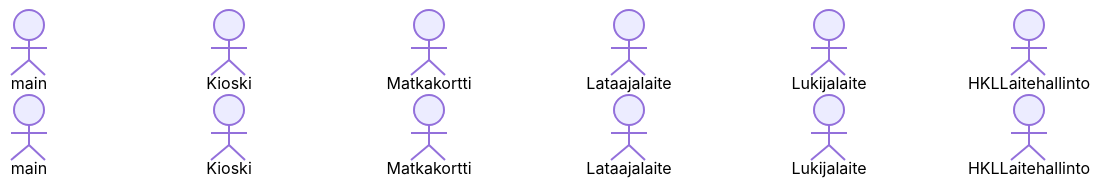
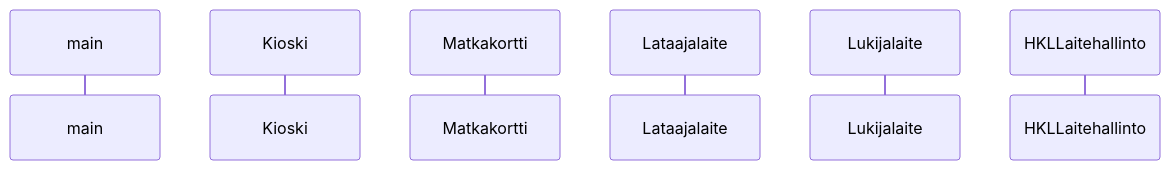
One commit to Nanotiike/ot-harjoitustyo changed the diagram in laskarit/viikko3/hsl-sekvenssikaavio.md. Above: the diagram before and after it, drawn with Mermaid.

````diff
--- a/laskarit/viikko3/hsl-sekvenssikaavio.md
+++ b/laskarit/viikko3/hsl-sekvenssikaavio.md
@@ -3,9 +3,9 @@
 ```mermaid
   sequenceDiagram
-    actor main
-    actor Kioski
-    actor Matkakortti
-    actor Lataajalaite
-    actor Lukijalaite
-    actor HKLLaitehallinto
+    participant main
+    participant Kioski
+    participant Matkakortti
+    participant Lataajalaite
+    participant Lukijalaite
+    participant HKLLaitehallinto
 ```
````
